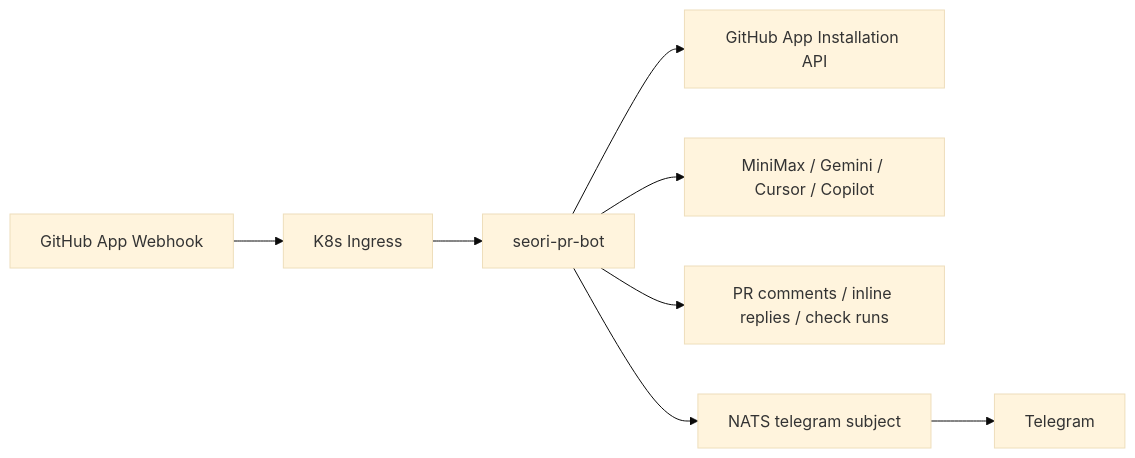
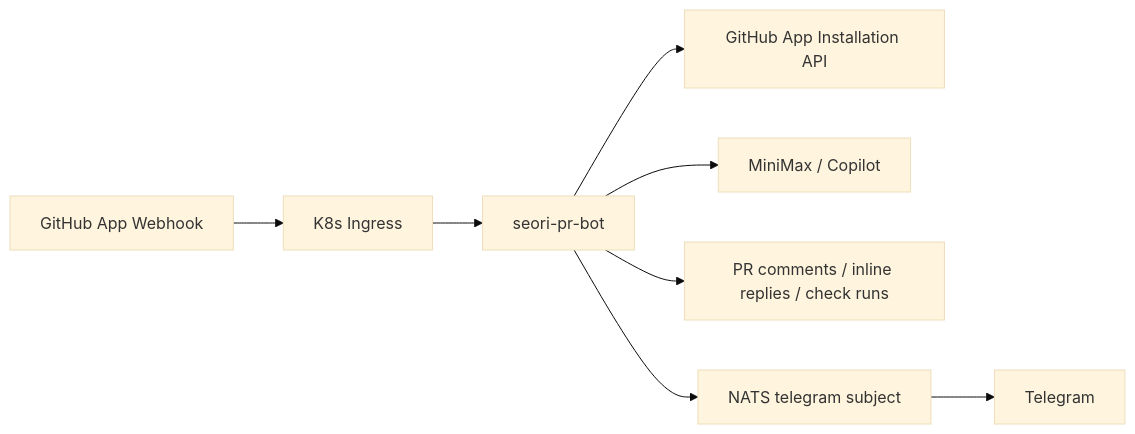
Before and after one commit to seorilabs/gemini-pr-bot: the first of 4 diagrams in README.md, drawn with Mermaid (base theme). The commit also changed other lines of this file and 4 other files, not shown here.

````diff
--- a/README.md
+++ b/README.md
@@ -5,10 +5,10 @@
 ```mermaid
 flowchart LR
   GitHub["GitHub App Webhook"] --> Ingress["K8s Ingress"]
   Ingress --> Bot["seori-pr-bot"]
   Bot --> GitHubAPI["GitHub App Installation API"]
-  Bot --> Providers["MiniMax / Gemini / Cursor / Copilot"]
+  Bot --> Providers["MiniMax / Copilot"]
   Bot --> Comment["PR comments / inline replies / check runs"]
   Bot --> NATS["NATS telegram subject"]
   NATS --> Telegram["Telegram"]
 ```
````
